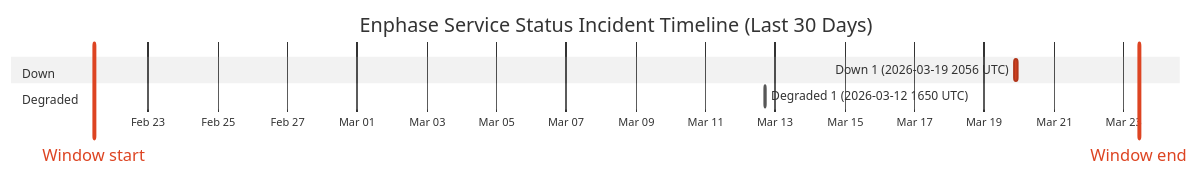
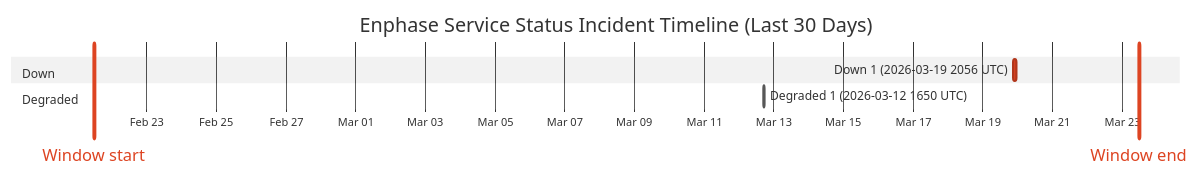
The diagram in wiki/Service-Status-History.md (barneyonline/ha-enphase-ev-charger), drawn with Mermaid (neutral theme) before and after one commit. The commit also changed other lines of this file and 3 other files, not shown here.

````diff
--- a/wiki/Service-Status-History.md
+++ b/wiki/Service-Status-History.md
@@ -14,12 +14,12 @@
 ```mermaid
 gantt
     title Enphase Service Status Incident Timeline (Last 30 Days)
     dateFormat  YYYY-MM-DDTHH:mm:ss
     axisFormat  %b %d
-    Window start :vert, window-start, 2026-02-21T10:43:53, 0ms
-    Window end :vert, window-end, 2026-03-23T10:43:53, 0ms
+    Window start :vert, window-start, 2026-02-21T11:37:32, 0ms
+    Window end :vert, window-end, 2026-03-23T11:37:32, 0ms
     section Down
     Down 1 (2026-03-19 2056 UTC) :crit, down-1, 2026-03-19T20:56:20, 145m
     section Degraded
     Degraded 1 (2026-03-12 1650 UTC) :active, degraded-1, 2026-03-12T16:50:43, 60m
 ```
````
